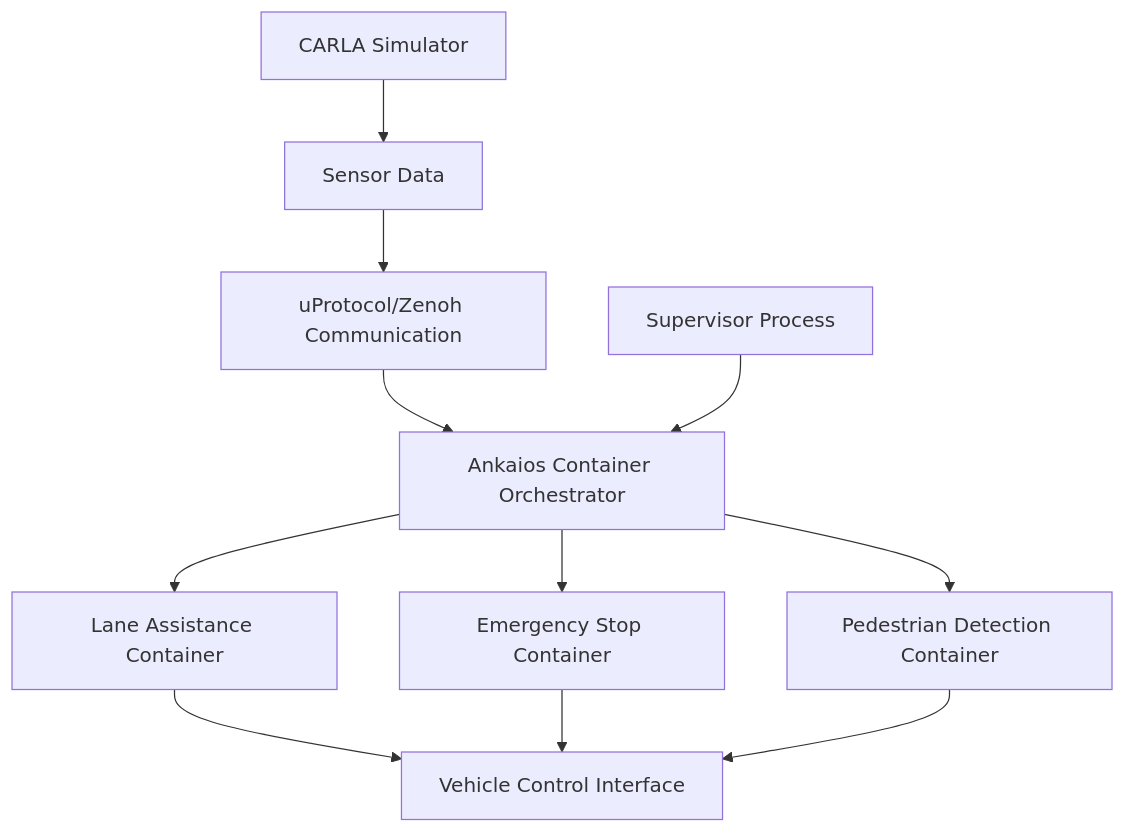
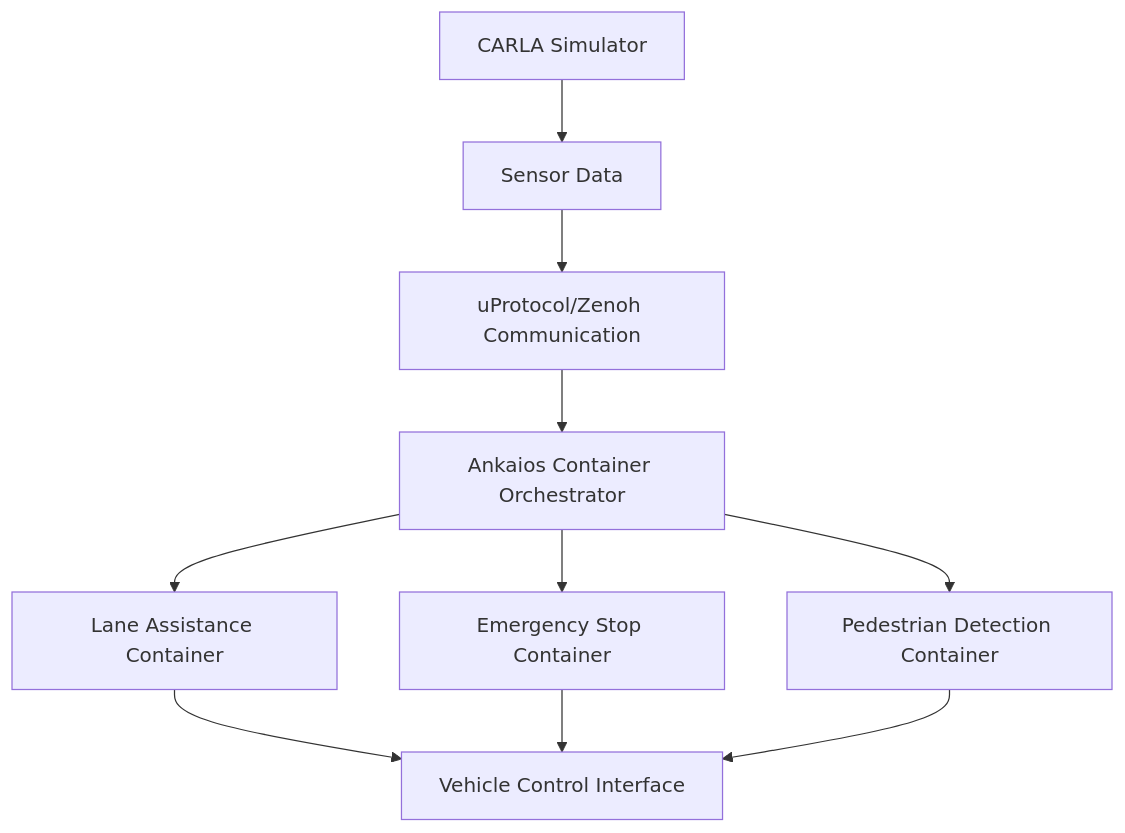
Before and after one commit to Eclipse-SDV-Hackathon-Chapter-Three/rt-rk: the diagram in README.md, drawn with Mermaid.

Commit message:
Remove unused connection from the architecture diagram in README.md

````diff
--- a/README.md
+++ b/README.md
@@ -43,13 +43,12 @@
 ```mermaid
 graph TB
     A[CARLA Simulator] --> B[Sensor Data]
     B --> C[uProtocol/Zenoh Communication]
     C --> D[Ankaios Container Orchestrator]
     D --> E[Lane Assistance Container]
     D --> F[Emergency Stop Container]
     D --> G[Pedestrian Detection Container]
     E --> H[Vehicle Control Interface]
     F --> H
     G --> H
-    I[Supervisor Process] --> D
 ```
````
